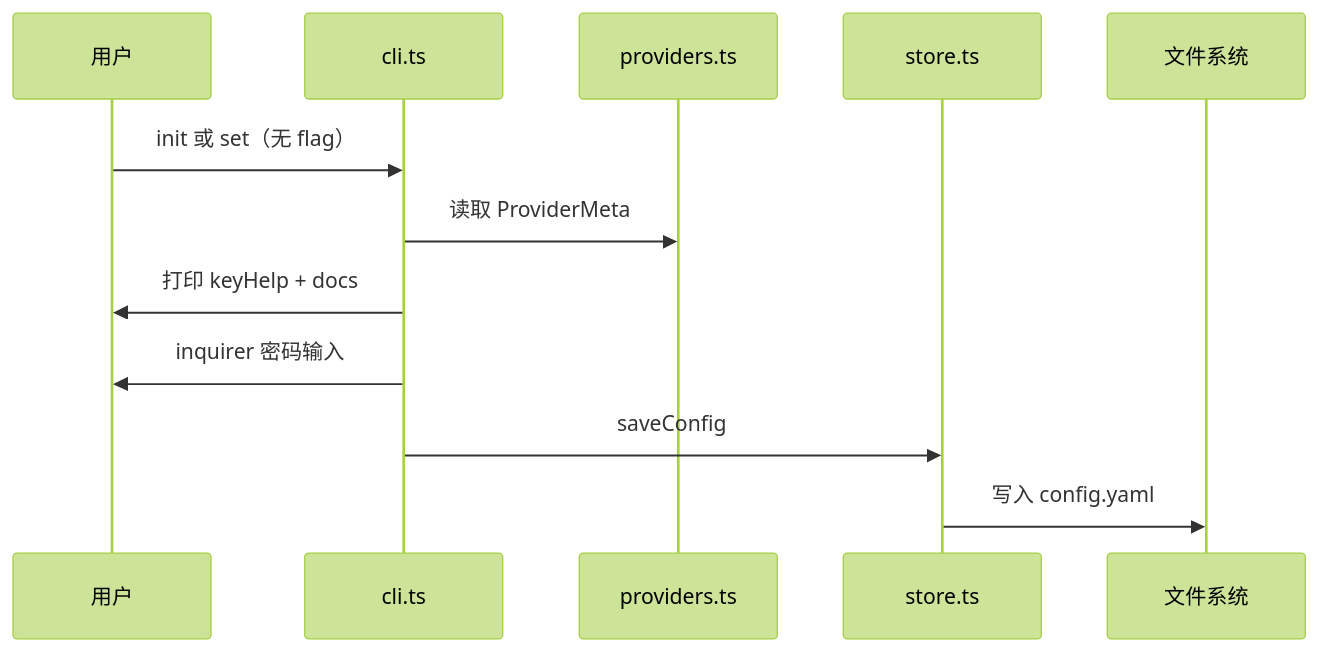
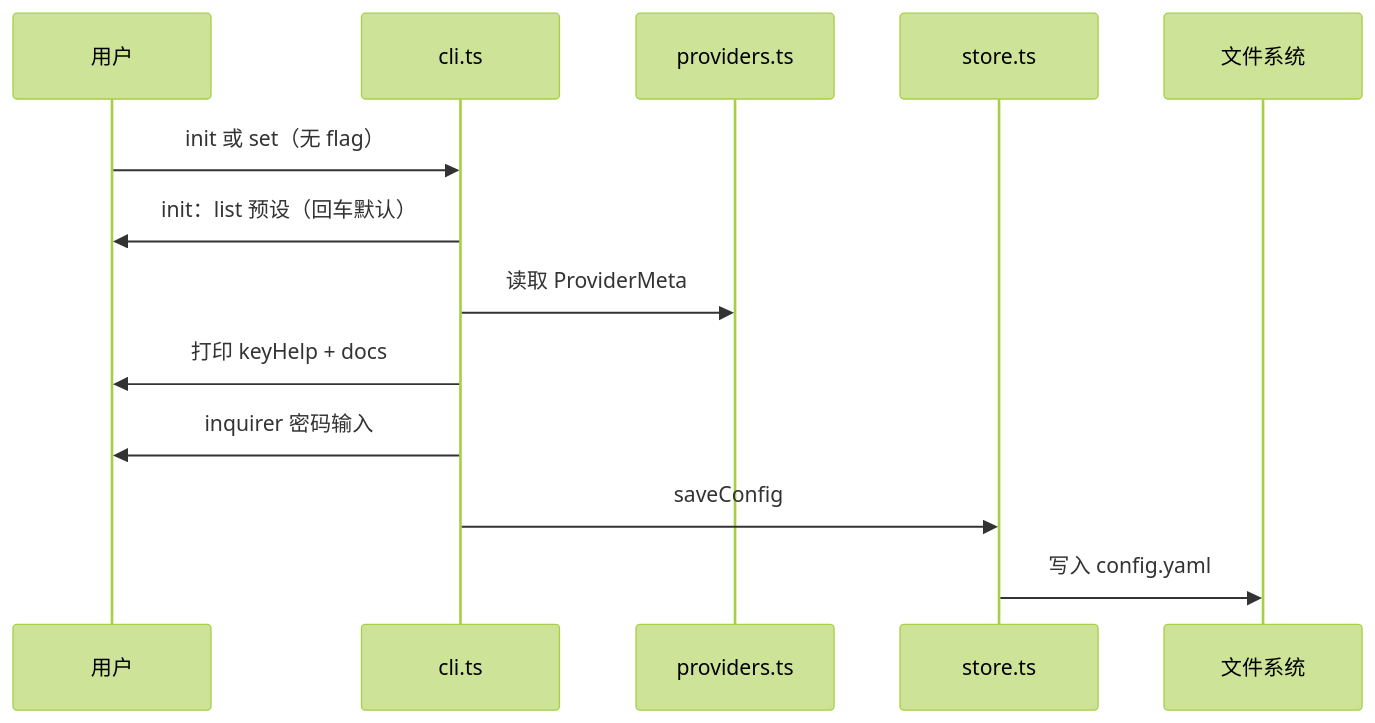
Before and after one commit to day253/claude-helper: the second of 4 diagrams in doc/technical-guide-zh.md, drawn with Mermaid (forest theme). The commit also changed other lines of this file and 3 other files, not shown here.

````diff
--- a/doc/technical-guide-zh.md
+++ b/doc/technical-guide-zh.md
@@ -112,14 +114,15 @@
 ```mermaid
 sequenceDiagram
   participant U as 用户
   participant CLI as cli.ts
   participant P as providers.ts
   participant ST as store.ts
   participant FS as 文件系统
   U->>CLI: init 或 set（无 flag）
+  CLI->>U: init：list 预设（回车默认）
   CLI->>P: 读取 ProviderMeta
   CLI->>U: 打印 keyHelp + docs
   CLI->>U: inquirer 密码输入
   CLI->>ST: saveConfig
   ST->>FS: 写入 config.yaml
 ```
````
